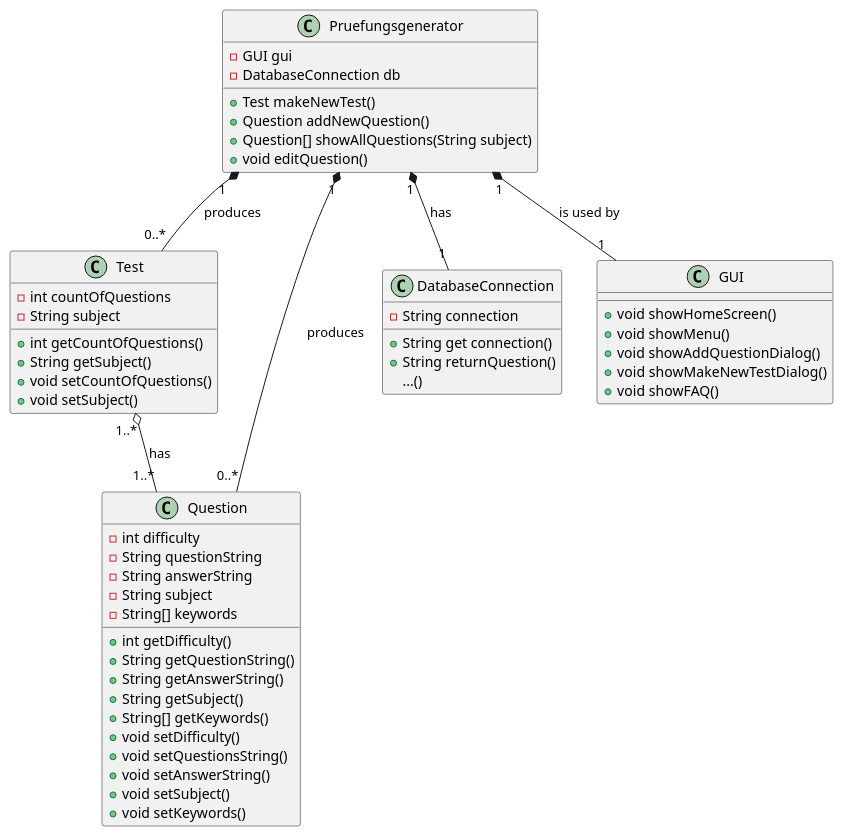
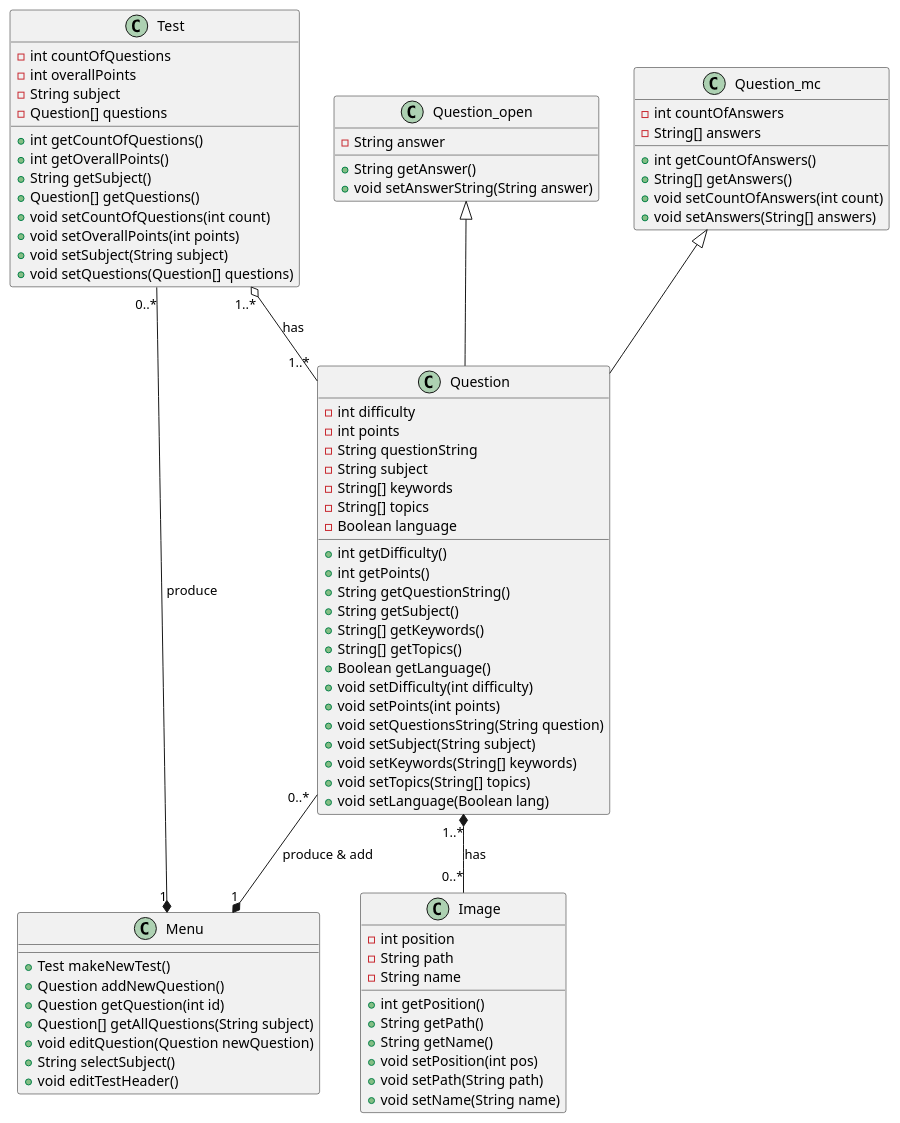
Before and after one commit to VladanPetkovic/Pruefungsgenerator: the diagram in src/main/java/projekt.puml, drawn with PlantUML. The commit also changed 9 other files, not shown here.

Commit message:
Renewed UML, implemented UML-classes

```diff
--- a/src/main/java/projekt.puml
+++ b/src/main/java/projekt.puml
@@ -1,56 +1,81 @@
 @startuml
 'https://plantuml.com/class-diagram
 class Test {
     -int countOfQuestions
+    -int overallPoints
     -String subject
+    -Question[] questions
     +int getCountOfQuestions()
+    +int getOverallPoints()
     +String getSubject()
-    +void setCountOfQuestions()
-    +void setSubject()
+    +Question[] getQuestions()
+    +void setCountOfQuestions(int count)
+    +void setOverallPoints(int points)
+    +void setSubject(String subject)
+    +void setQuestions(Question[] questions)
 }
 class Question {
     -int difficulty
+    -int points
     -String questionString
-    -String answerString
     -String subject
     -String[] keywords
+    -String[] topics
+    -Boolean language
     +int getDifficulty()
+    +int getPoints()
     +String getQuestionString()
-    +String getAnswerString()
     +String getSubject()
     +String[] getKeywords()
-    +void setDifficulty()
-    +void setQuestionsString()
-    +void setAnswerString()
-    +void setSubject()
-    +void setKeywords()
+    +String[] getTopics()
+    +Boolean getLanguage()
+    +void setDifficulty(int difficulty)
+    +void setPoints(int points)
+    +void setQuestionsString(String question)
+    +void setSubject(String subject)
+    +void setKeywords(String[] keywords)
+    +void setTopics(String[] topics)
+    +void setLanguage(Boolean lang)
 }
-class Pruefungsgenerator {
-    -GUI gui
-    -DatabaseConnection db
+class Question_open {
+    -String answer
+    +String getAnswer()
+    +void setAnswerString(String answer)
+}
+class Question_mc {
+    -int countOfAnswers
+    -String[] answers
+    +int getCountOfAnswers()
+    +String[] getAnswers()
+    +void setCountOfAnswers(int count)
+    +void setAnswers(String[] answers)
+}
+class Image {
+    -int position
+    -String path
+    -String name
+    +int getPosition()
+    +String getPath()
+    +String getName()
+    +void setPosition(int pos)
+    +void setPath(String path)
+    +void setName(String name)
+}
+class Menu {
     +Test makeNewTest()
     +Question addNewQuestion()
-    +Question[] showAllQuestions(String subject)
-    +void editQuestion()
-}
-class DatabaseConnection {
-    -String connection
-    +String get connection()
-    +String returnQuestion()
-    ...()
-}
-class GUI {
-    +void showHomeScreen()
-    +void showMenu()
-    +void showAddQuestionDialog()
-    +void showMakeNewTestDialog()
-    +void showFAQ()
+    +Question getQuestion(int id)
+    +Question[] getAllQuestions(String subject)
+    +void editQuestion(Question newQuestion)
+    +String selectSubject()
+    +void editTestHeader()
 }
 
-Pruefungsgenerator "1" *-- "1" DatabaseConnection : "has"
-Pruefungsgenerator "1" *-- "1" GUI : "is used by"
-Pruefungsgenerator "1" *-- "0..*" Test : "produces"
-Pruefungsgenerator "1" *-- "0..*" Question : "produces"
+Menu "1" *-- "0..*" Test : "produce"
+Question "0..*" --* "1" Menu : "produce & add"
 Test "1..*" o-- "1..*" Question : "has"
+Question "1..*" *-- "0..*" Image : has
+Question_mc <|-- Question
+Question_open <|-- Question
 
 @enduml
```
